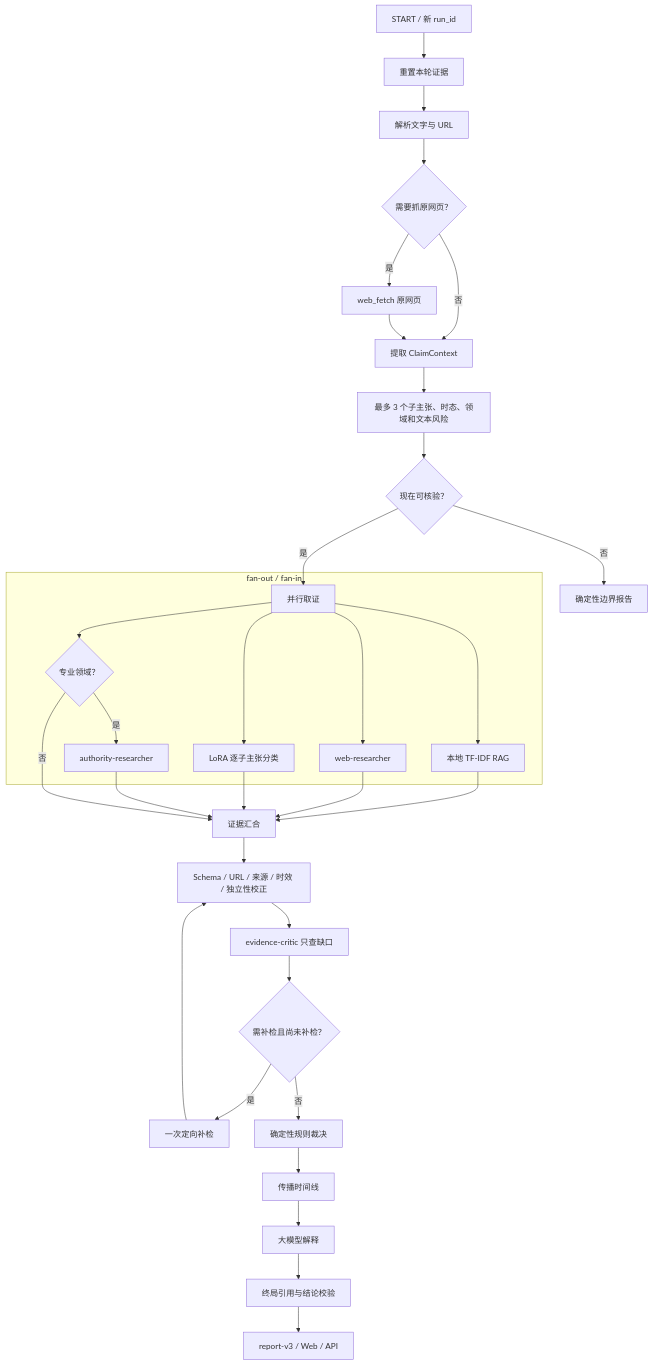
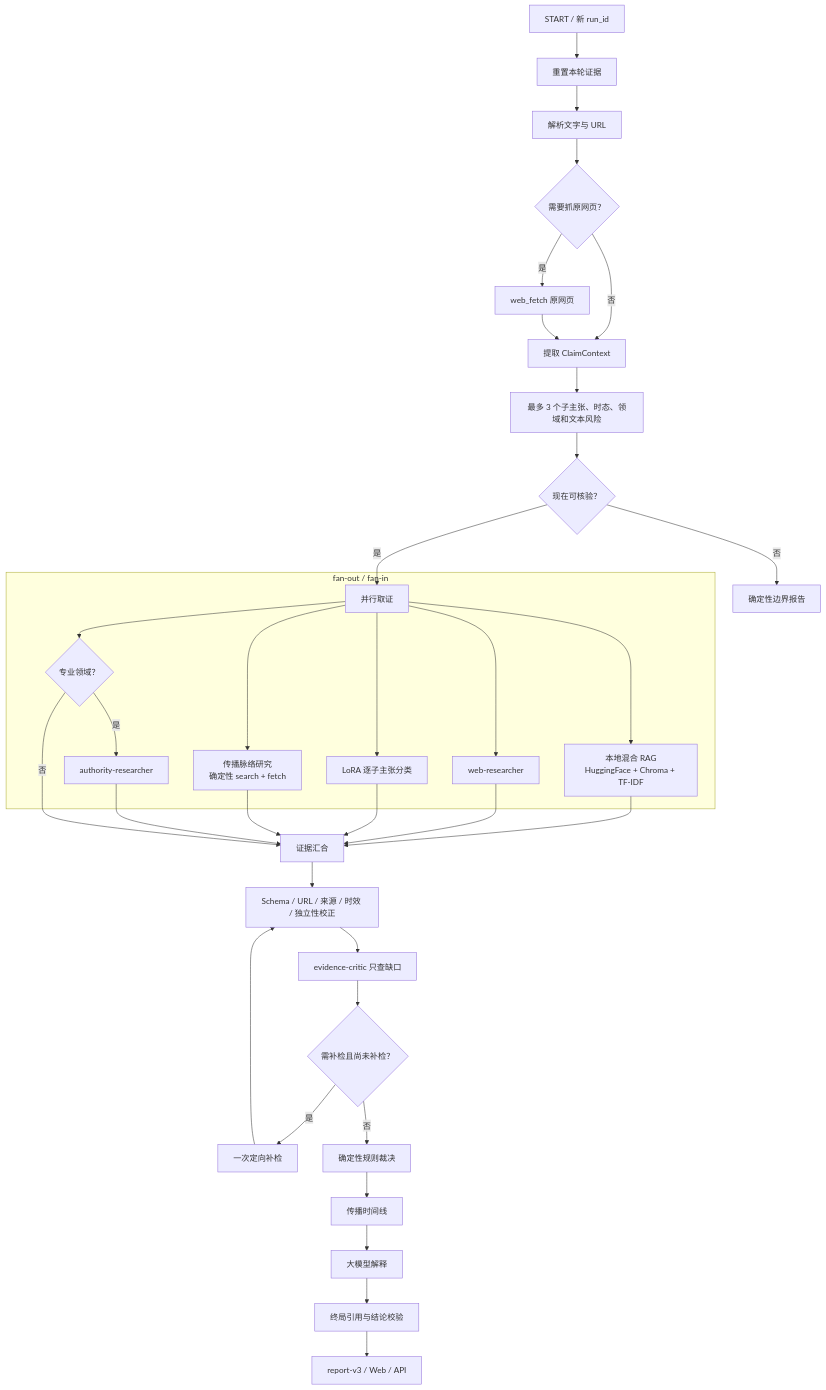
Before and after one commit to zjs-ws/rumor-detector-demo: the diagram in docs/WORKFLOW_V3_IMPLEMENTATION.md, drawn with Mermaid. The commit also changed other lines of this file and 46 other files, not shown here.

First line of the commit message:
feat: add hybrid RAG retrieval, deterministic timeline research, and real-case evaluation

````diff
--- a/docs/WORKFLOW_V3_IMPLEMENTATION.md
+++ b/docs/WORKFLOW_V3_IMPLEMENTATION.md
@@ -7,35 +9,37 @@
 ```mermaid
 flowchart TD
   A["START / 新 run_id"] --> B["重置本轮证据"]
   B --> C["解析文字与 URL"]
   C --> D{"需要抓原网页？"}
   D -- 是 --> E["web_fetch 原网页"]
   D -- 否 --> F["提取 ClaimContext"]
   E --> F
   F --> G["最多 3 个子主张、时态、领域和文本风险"]
   G --> H{"现在可核验？"}
   H -- 否 --> Z["确定性边界报告"]
   H -- 是 --> J["并行取证"]
   subgraph P["fan-out / fan-in"]
-    J --> R["本地 TF-IDF RAG"]
+    J --> R["本地混合 RAG<br/>HuggingFace + Chroma + TF-IDF"]
     J --> W["web-researcher"]
     J --> M["LoRA 逐子主张分类"]
+    J --> TL["传播脉络研究<br/>确定性 search + fetch"]
     J --> Q{"专业领域？"}
     Q -- 是 --> AR["authority-researcher"]
   end
   R --> K["证据汇合"]
   W --> K
   M --> K
+  TL --> K
   AR --> K
   Q -- 否 --> K
   K --> L["Schema / URL / 来源 / 时效 / 独立性校正"]
   L --> N["evidence-critic 只查缺口"]
   N --> O{"需补检且尚未补检？"}
   O -- 是 --> S["一次定向补检"]
   S --> L
   O -- 否 --> T["确定性规则裁决"]
   T --> U["传播时间线"]
   U --> V["大模型解释"]
   V --> X["终局引用与结论校验"]
   X --> Y["report-v3 / Web / API"]
 ```
````
